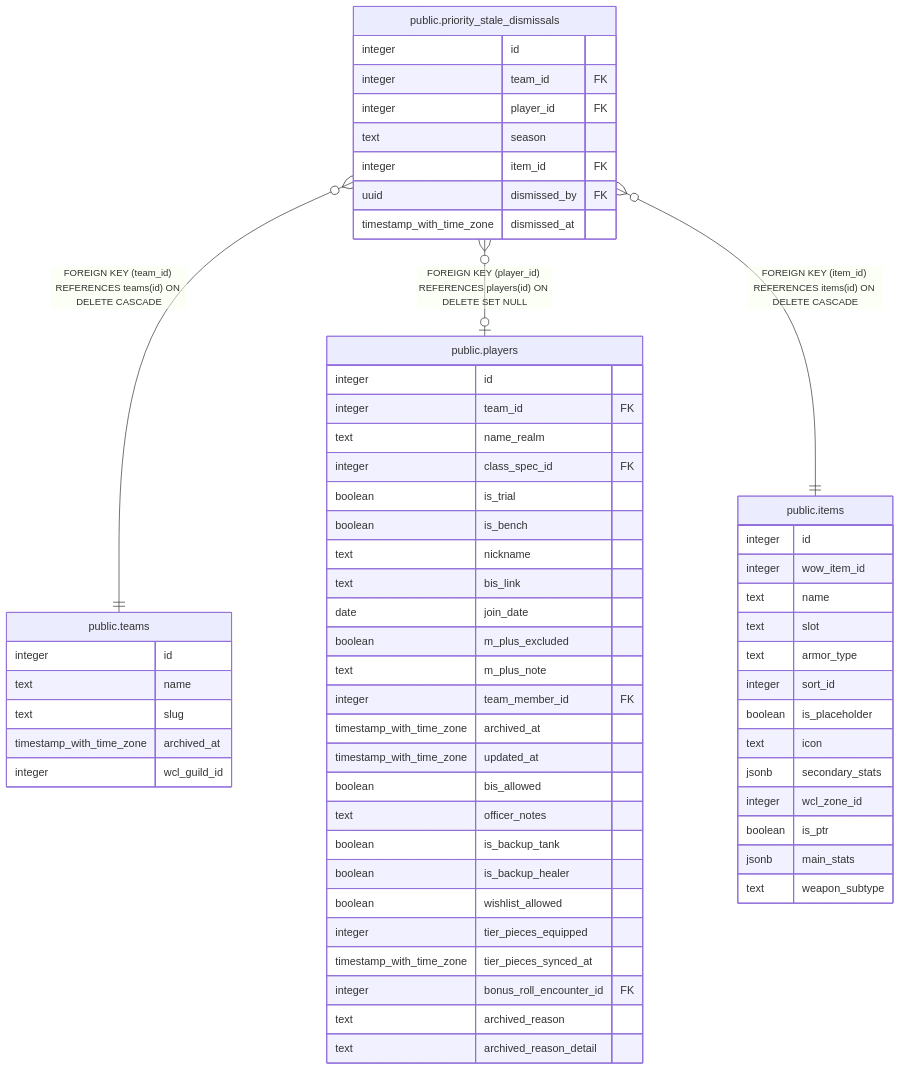
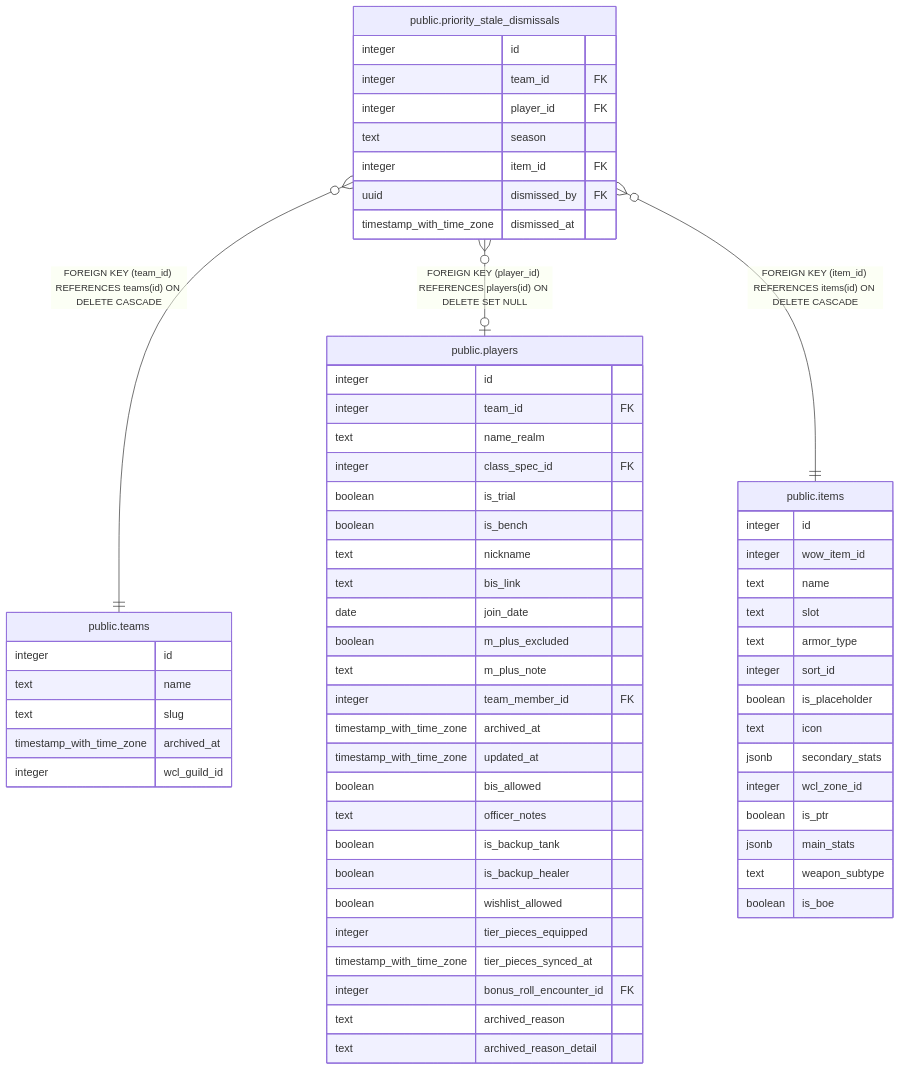
Before and after one commit to katogaming88/Phoenix-Roster: the diagram in dbdoc/public.priority_stale_dismissals.md, drawn with Mermaid. The commit also changed 46 other files, not shown here.

````diff
--- a/dbdoc/public.priority_stale_dismissals.md
+++ b/dbdoc/public.priority_stale_dismissals.md
@@ -45,65 +45,66 @@
 ```mermaid
 erDiagram
 
 "public.priority_stale_dismissals" }o--|| "public.teams" : "FOREIGN KEY (team_id) REFERENCES teams(id) ON DELETE CASCADE"
 "public.priority_stale_dismissals" }o--o| "public.players" : "FOREIGN KEY (player_id) REFERENCES players(id) ON DELETE SET NULL"
 "public.priority_stale_dismissals" }o--|| "public.items" : "FOREIGN KEY (item_id) REFERENCES items(id) ON DELETE CASCADE"
 
 "public.priority_stale_dismissals" {
   integer id
   integer team_id FK
   integer player_id FK
   text season
   integer item_id FK
   uuid dismissed_by FK
   timestamp_with_time_zone dismissed_at
 }
 "public.teams" {
   integer id
   text name
   text slug
   timestamp_with_time_zone archived_at
   integer wcl_guild_id
 }
 "public.players" {
   integer id
   integer team_id FK
   text name_realm
   integer class_spec_id FK
   boolean is_trial
   boolean is_bench
   text nickname
   text bis_link
   date join_date
   boolean m_plus_excluded
   text m_plus_note
   integer team_member_id FK
   timestamp_with_time_zone archived_at
   timestamp_with_time_zone updated_at
   boolean bis_allowed
   text officer_notes
   boolean is_backup_tank
   boolean is_backup_healer
   boolean wishlist_allowed
   integer tier_pieces_equipped
   timestamp_with_time_zone tier_pieces_synced_at
   integer bonus_roll_encounter_id FK
   text archived_reason
   text archived_reason_detail
 }
 "public.items" {
   integer id
   integer wow_item_id
   text name
   text slot
   text armor_type
   integer sort_id
   boolean is_placeholder
   text icon
   jsonb secondary_stats
   integer wcl_zone_id
   boolean is_ptr
   jsonb main_stats
   text weapon_subtype
+  boolean is_boe
 }
 ```
````
